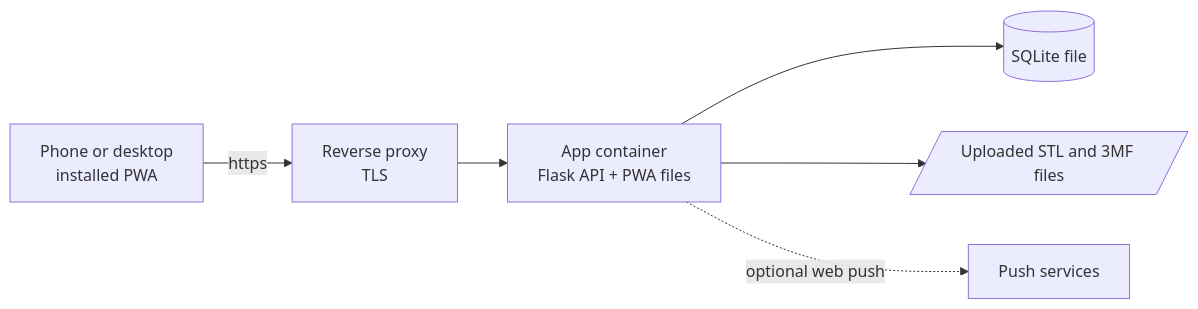
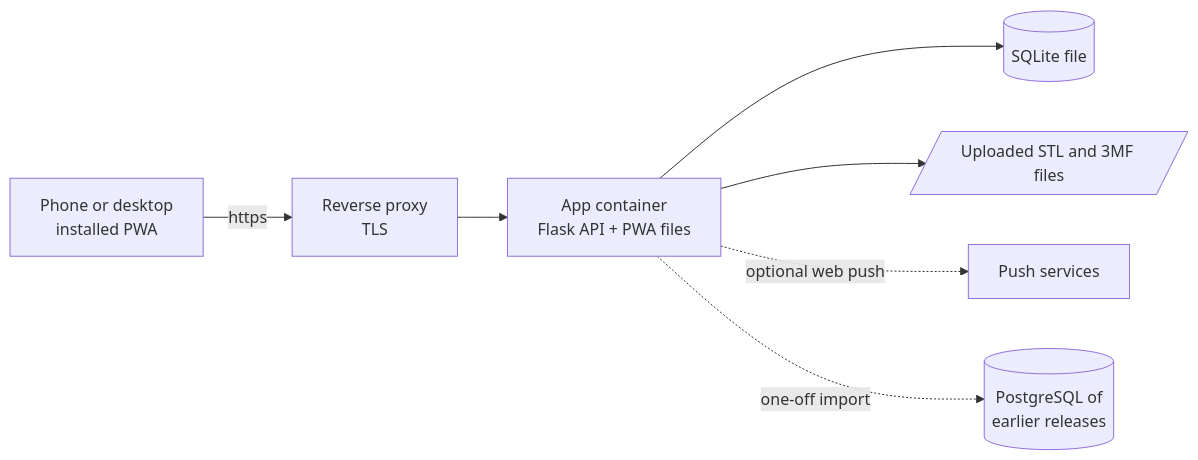
The diagram in README.md (Flux76HQ/3dprint_pricing), drawn with Mermaid before and after one commit. The commit also changed other lines of this file and 2 other files, not shown here.

````diff
--- a/README.md
+++ b/README.md
@@ -175,8 +226,9 @@
 ```mermaid
 flowchart LR
     A[Phone or desktop<br/>installed PWA] -->|https| P[Reverse proxy<br/>TLS]
     P --> B[App container<br/>Flask API + PWA files]
     B --> C[(SQLite file)]
     B --> D[/Uploaded STL and 3MF files/]
     B -.->|optional web push| E[Push services]
+    B -.->|one-off import| F[(PostgreSQL of<br/>earlier releases)]
 ```
````
